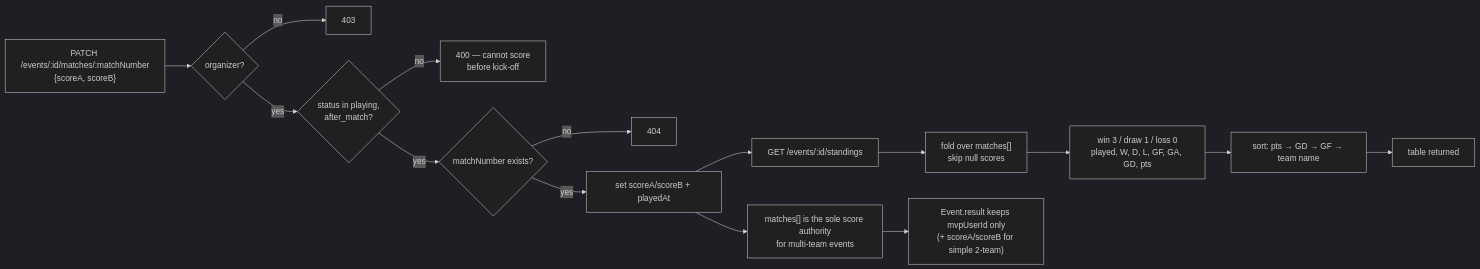
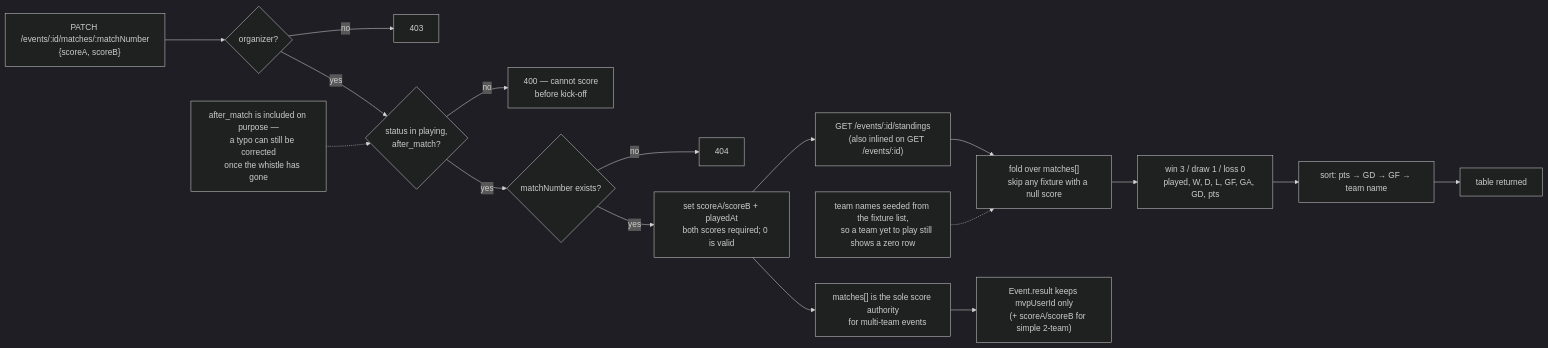
The diagram in docs/superpowers/diagrams/events-5-5-score-entry-standings.mmd (heinlinaung/kickr_backend), drawn with Mermaid (dark theme) before and after one commit. The commit also changed 6 other files, not shown here.

First line of the commit message:
docs(diagrams): cover steps 2-4 and correct the stale ones

```diff
--- a/docs/superpowers/diagrams/events-5-5-score-entry-standings.mmd
+++ b/docs/superpowers/diagrams/events-5-5-score-entry-standings.mmd
@@ -1,20 +1,36 @@
 %% 5.5 Score entry & standings
 %% Source of truth for this diagram. Rendered from ../specs/2026-08-03-events-feature-spec.md §5.5
 %% Edit here, not in the spec — the spec links to this file.
 flowchart LR
-    A["PATCH /events/:id/matches/:matchNumber<br/>{scoreA, scoreB}"] --> B{organizer?}
+    A["PATCH /events/:id/matches/:matchNumber
+    {scoreA, scoreB}"] --> B{organizer?}
     B -->|no| B1[403]
-    B -->|yes| C{"status in playing,<br/>after_match?"}
-    C -->|no| C1["400 — cannot score<br/>before kick-off"]
+    B -->|yes| C{"status in playing,
+    after_match?"}
+    C -->|no| C1["400 — cannot score
+    before kick-off"]
     C -->|yes| D{matchNumber exists?}
     D -->|no| D1[404]
-    D -->|yes| E[set scoreA/scoreB + playedAt]
+    D -->|yes| E["set scoreA/scoreB + playedAt
+    both scores required; 0 is valid"]
 
-    E --> F["GET /events/:id/standings"]
-    F --> G["fold over matches[]<br/>skip null scores"]
-    G --> H["win 3 / draw 1 / loss 0<br/>played, W, D, L, GF, GA, GD, pts"]
+    E --> F["GET /events/:id/standings
+    (also inlined on GET /events/:id)"]
+    F --> G["fold over matches[]
+    skip any fixture with a null score"]
+    G --> H["win 3 / draw 1 / loss 0
+    played, W, D, L, GF, GA, GD, pts"]
     H --> I["sort: pts → GD → GF → team name"]
     I --> J[table returned]
 
-    E --> K["matches[] is the sole score authority<br/>for multi-team events"]
-    K --> L["Event.result keeps mvpUserId only<br/>(+ scoreA/scoreB for simple 2-team)"]
+    K["team names seeded from the fixture list,
+    so a team yet to play still shows a zero row"] -.-> G
+
+    L["after_match is included on purpose —
+    a typo can still be corrected
+    once the whistle has gone"] -.-> C
+
+    E --> M["matches[] is the sole score authority
+    for multi-team events"]
+    M --> N["Event.result keeps mvpUserId only
+    (+ scoreA/scoreB for simple 2-team)"]
```
